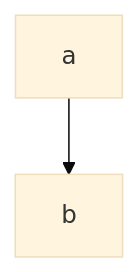
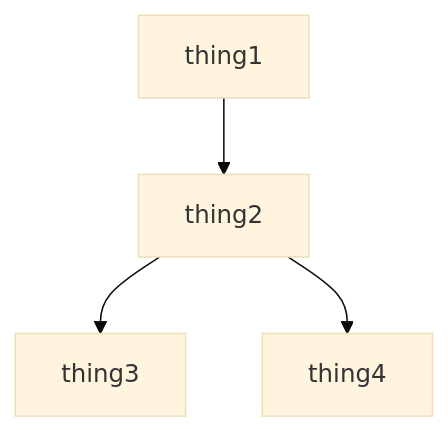
One commit to kvmet/BlinkMD changed the diagram in site/index.md. Above: the diagram before and after it, drawn with Mermaid (base theme). The commit also changed other lines of this file, not shown here.

````diff
--- a/site/index.md
+++ b/site/index.md
@@ -135,4 +102,5 @@
 ```mermaid
 graph
-a --> b
+thing1 --> thing2 --> thing3
+thing2 --> thing4
 ```
````
